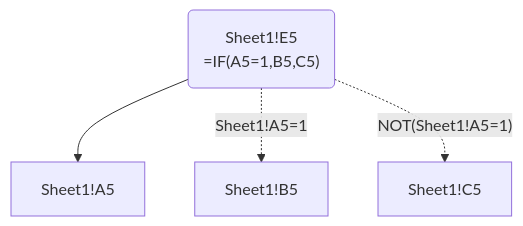
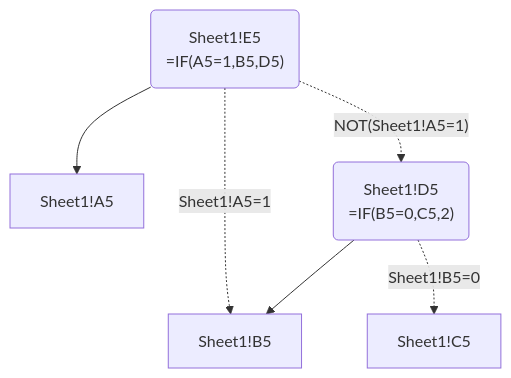
The fifth of 8 diagrams in examples/micro-workbook/example-cases.md (Teal-Insights/excel-grapher), drawn with Mermaid before and after one commit. The commit also changed other lines of this file and 4 other files, not shown here.

````diff
--- a/examples/micro-workbook/example-cases.md
+++ b/examples/micro-workbook/example-cases.md
@@ -256,10 +298,13 @@
 ``` mermaid
 flowchart TD
   Sheet1_A5["Sheet1!A5"]
   Sheet1_B5["Sheet1!B5"]
   Sheet1_C5["Sheet1!C5"]
-  Sheet1_E5("Sheet1!E5<br>=IF(A5=1,B5,C5)")
+  Sheet1_D5("Sheet1!D5<br>=IF(B5=0,C5,2)")
+  Sheet1_E5("Sheet1!E5<br>=IF(A5=1,B5,D5)")
+  Sheet1_D5 --> Sheet1_B5
+  Sheet1_D5 -.->|"Sheet1!B5=0"| Sheet1_C5
   Sheet1_E5 --> Sheet1_A5
   Sheet1_E5 -.->|"Sheet1!A5=1"| Sheet1_B5
-  Sheet1_E5 -.->|"NOT(Sheet1!A5=1)"| Sheet1_C5
+  Sheet1_E5 -.->|"NOT(Sheet1!A5=1)"| Sheet1_D5
 ```
````
